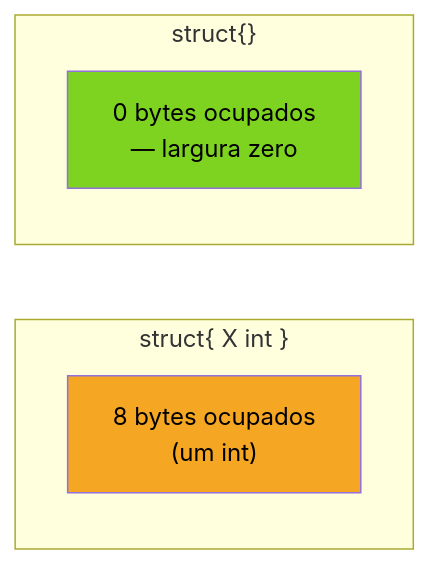
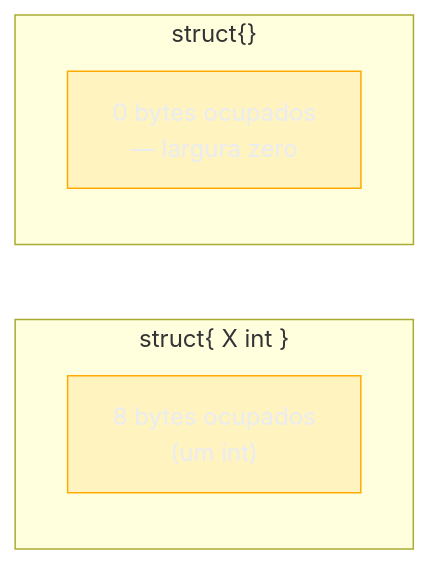
One commit to josenaldo/codex-technomanticus changed the second of 2 diagrams in 03-Dominios/Tecnologia/Go/02 - Tipos, structs e métodos/08 - Design de tipos idiomático.md. Above: the diagram before and after it, drawn with Mermaid. The commit also changed other lines of this file and 1181 other files, not shown here.

First line of the commit message:
fix(diagramas): paleta do sistema no lugar de cor cravada no markdown

````diff
--- a/03-Dominios/Tecnologia/Go/02 - Tipos, structs e métodos/08 - Design de tipos idiomático.md
+++ b/03-Dominios/Tecnologia/Go/02 - Tipos, structs e métodos/08 - Design de tipos idiomático.md
@@ -198,14 +200,15 @@
 ```mermaid
 flowchart LR
+    classDef destaque fill:#FFAA0024,stroke:#FFAA00,color:#E9ECF2
     subgraph Normal["struct{ X int }"]
         direction TB
         N1["8 bytes ocupados<br/>(um int)"]
     end
     subgraph Vazio["struct{}"]
         direction TB
         V1["0 bytes ocupados<br/>— largura zero"]
     end
 
-    style N1 fill:#F5A623,color:#000
-    style V1 fill:#7ED321,color:#000
+    class N1 destaque
+    class V1 destaque
 ```
````
